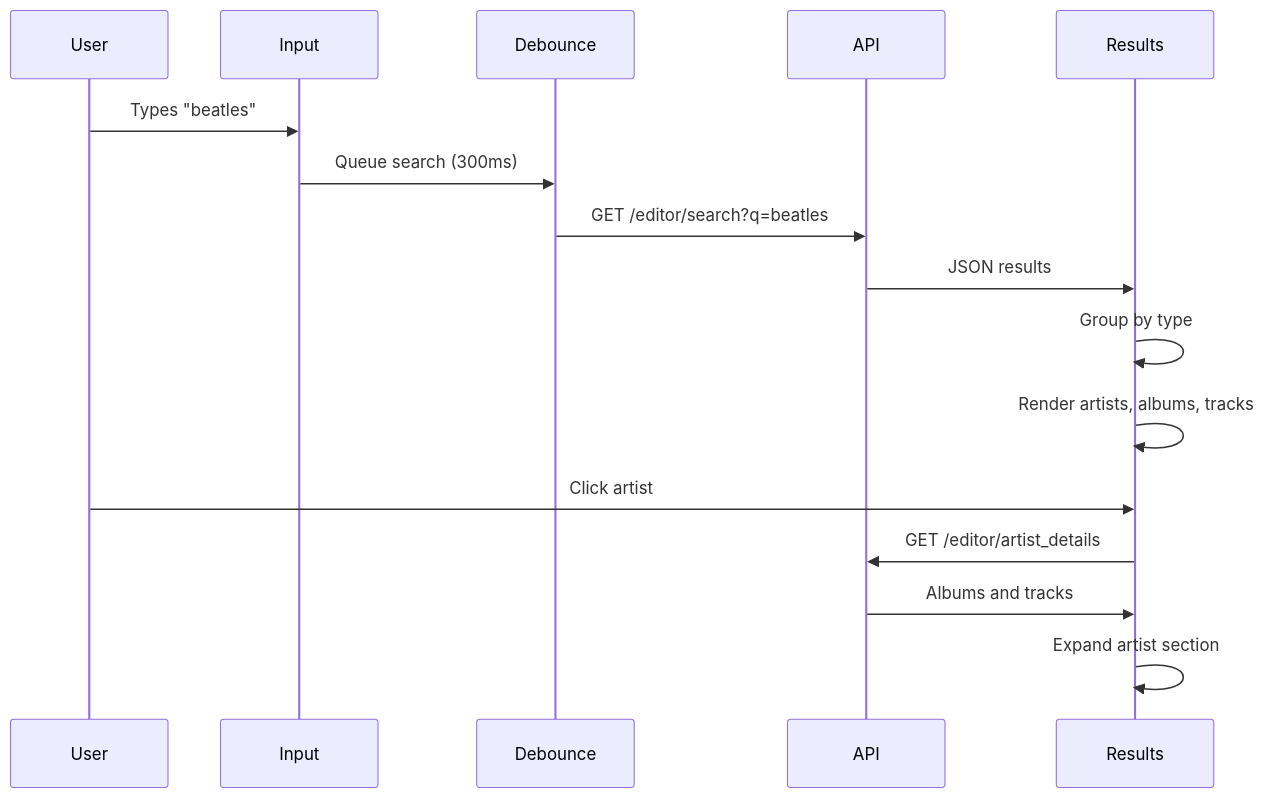
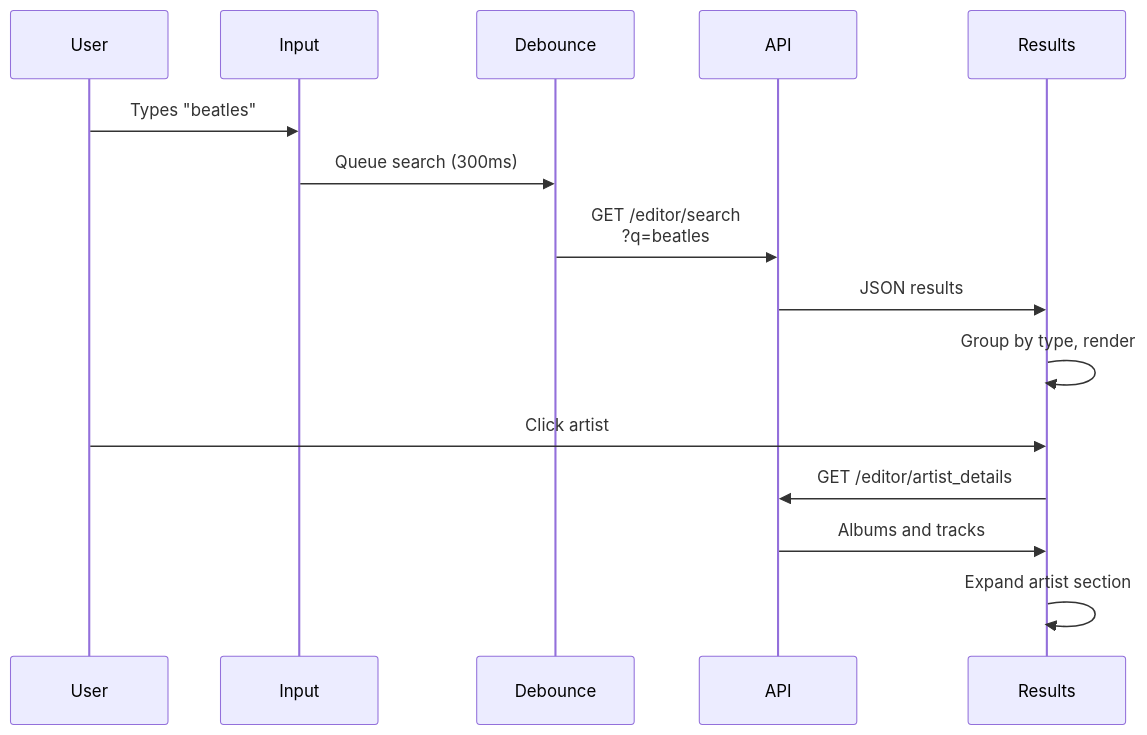
Before and after one commit to mark-me/mixtape-society: the second of 3 diagrams in docs/development/mixtape-system/editor-frontend.md, drawn with Mermaid. The commit also changed 19 other files, not shown here.

First line of the commit message:
Simplify unreadable diagrams and correct small errors in the docs

````diff
--- a/docs/development/mixtape-system/editor-frontend.md
+++ b/docs/development/mixtape-system/editor-frontend.md
@@ -119,20 +119,19 @@
 ```mermaid
 sequenceDiagram
     participant User
     participant Input
     participant Debounce
     participant API
     participant Results
 
     User->>Input: Types "beatles"
     Input->>Debounce: Queue search (300ms)
-    Debounce->>API: GET /editor/search?q=beatles
+    Debounce->>API: GET /editor/search<br/>?q=beatles
     API->>Results: JSON results
-    Results->>Results: Group by type
-    Results->>Results: Render artists, albums, tracks
+    Results->>Results: Group by type, render
 
     User->>Results: Click artist
     Results->>API: GET /editor/artist_details
     API->>Results: Albums and tracks
     Results->>Results: Expand artist section
 ```
````
